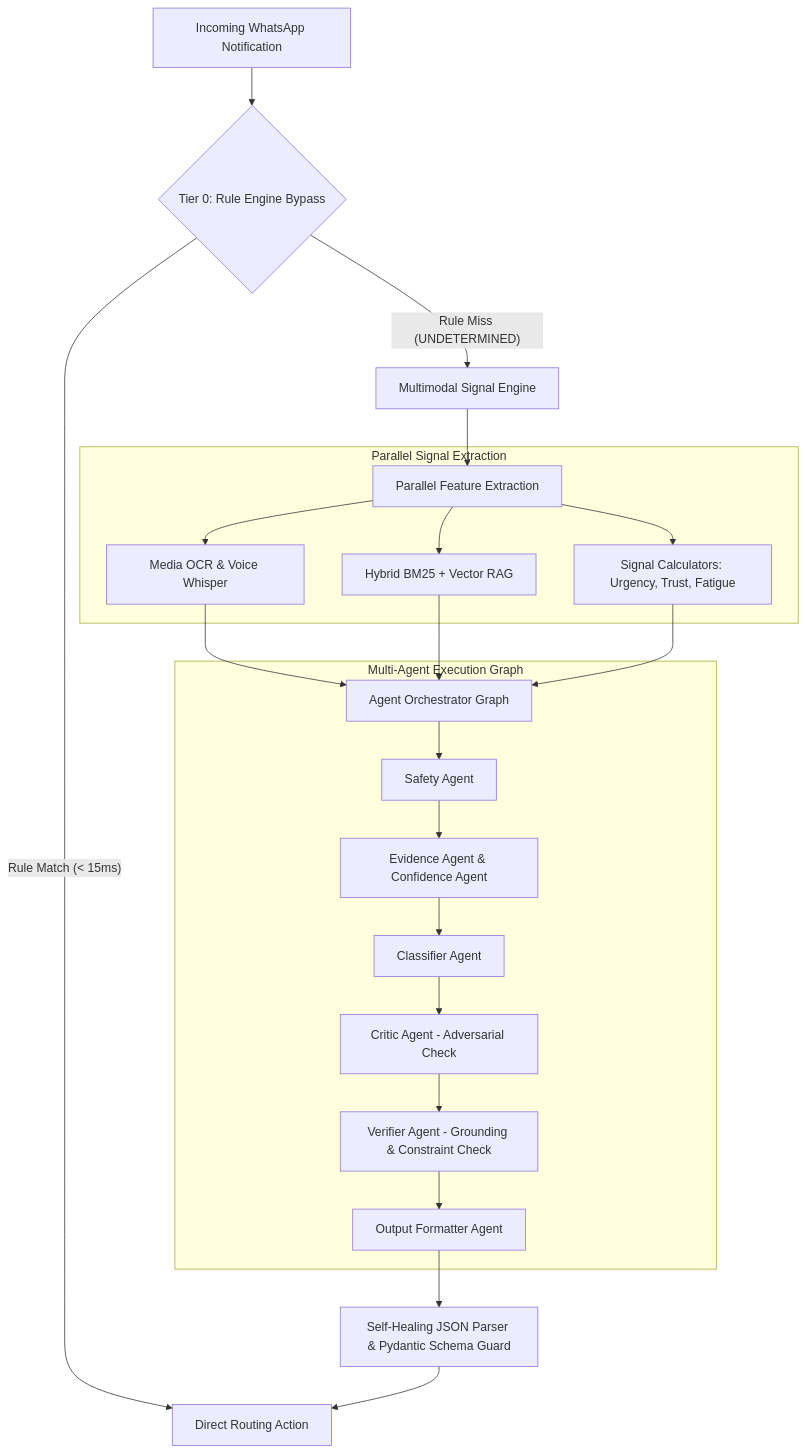
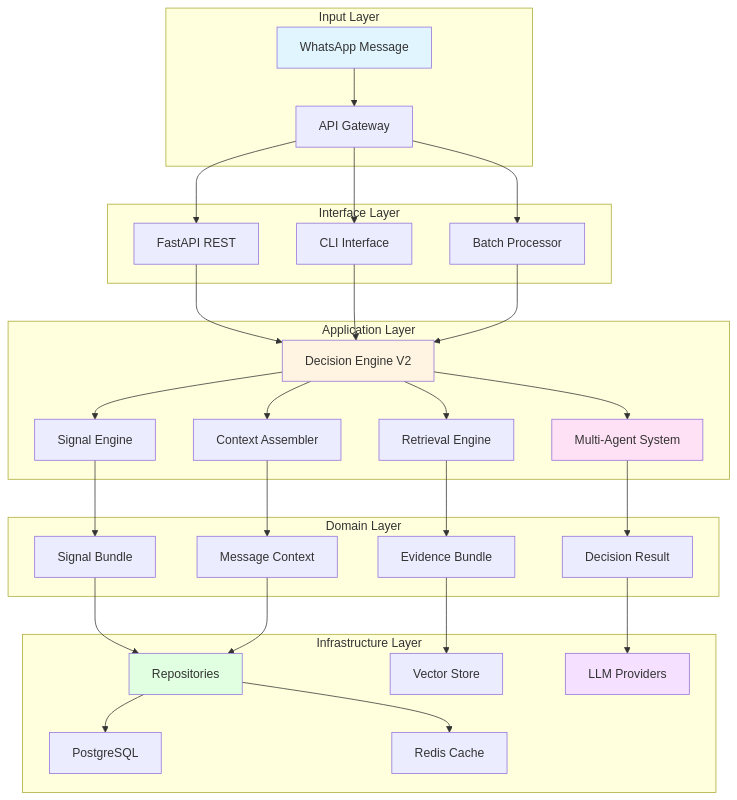
Before and after one commit to Vishallakshmikanthan/message-notification-router: the first of 9 diagrams in README.md, drawn with Mermaid. The commit also changed other lines of this file, not shown here.

````diff
--- a/README.md
+++ b/README.md
@@ -14,27 +304,44 @@
 ```mermaid
-graph TD
-    A[Incoming WhatsApp Notification] --> B{Tier 0: Rule Engine Bypass}
-    B -- Rule Match (< 15ms) --> Z[Direct Routing Action]
-    B -- Rule Miss (UNDETERMINED) --> C[Multimodal Signal Engine]
-    
-    C --> D[Parallel Feature Extraction]
-    subgraph Parallel Signal Extraction
-        D --> D1[Media OCR & Voice Whisper]
-        D --> D2[Hybrid BM25 + Vector RAG]
-        D --> D3[Signal Calculators: Urgency, Trust, Fatigue]
+graph TB
+    subgraph "Input Layer"
+        A[WhatsApp Message] --> B[API Gateway]
     end
     
-    D1 & D2 & D3 --> E[Agent Orchestrator Graph]
-    
-    subgraph Multi-Agent Execution Graph
-        E --> F1[Safety Agent]
-        F1 --> F2[Evidence Agent & Confidence Agent]
-        F2 --> F3[Classifier Agent]
-        F3 --> F4[Critic Agent - Adversarial Check]
-        F4 --> F5[Verifier Agent - Grounding & Constraint Check]
-        F5 --> F6[Output Formatter Agent]
+    subgraph "Interface Layer"
+        B --> C[FastAPI REST]
+        B --> D[CLI Interface]
+        B --> E[Batch Processor]
     end
     
-    F6 --> G[Self-Healing JSON Parser & Pydantic Schema Guard]
-    G --> Z
+    subgraph "Application Layer"
+        C --> F[Decision Engine V2]
+        D --> F
+        E --> F
+        F --> G[Signal Engine]
+        F --> H[Context Assembler]
+        F --> I[Retrieval Engine]
+        F --> J[Multi-Agent System]
+    end
+    
+    subgraph "Domain Layer"
+        G --> K[Signal Bundle]
+        H --> L[Message Context]
+        I --> M[Evidence Bundle]
+        J --> N[Decision Result]
+    end
+    
+    subgraph "Infrastructure Layer"
+        K --> O[Repositories]
+        L --> O
+        M --> P[Vector Store]
+        N --> Q[LLM Providers]
+        O --> R[PostgreSQL]
+        O --> S[Redis Cache]
+    end
+    
+    style A fill:#e1f5ff
+    style F fill:#fff4e1
+    style J fill:#ffe1f5
+    style O fill:#e1ffe1
+    style Q fill:#f5e1ff
 ```
````
